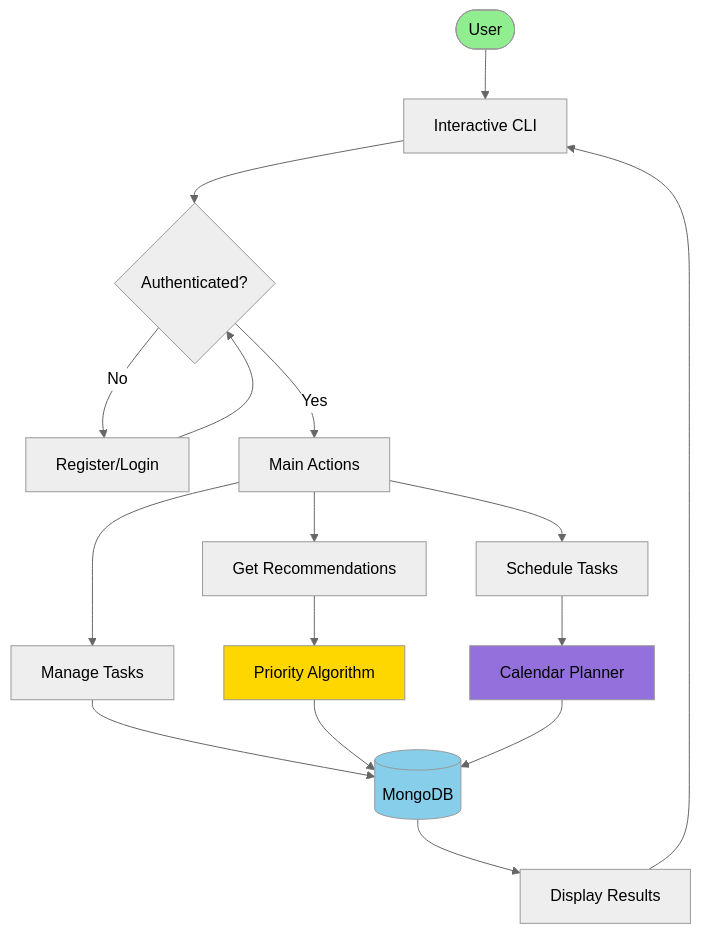
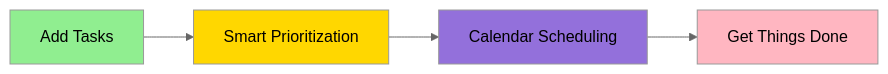
Before and after one commit to galwolfer/MOJO: the first of 5 diagrams in WORKFLOW.md, drawn with Mermaid (neutral theme). The commit also changed other lines of this file and 2 other files, not shown here.

````diff
--- a/WORKFLOW.md
+++ b/WORKFLOW.md
@@ -5,26 +7,11 @@
 ```mermaid
-flowchart TB
-    User([User]) --> CLI[Interactive CLI]
-    CLI --> Auth{Authenticated?}
-    Auth -->|No| Register[Register/Login]
-    Register --> Auth
-    Auth -->|Yes| Actions[Main Actions]
+flowchart LR
+    A[Add Tasks] --> B[Smart Prioritization]
+    B --> C[Calendar Scheduling]
+    C --> D[Get Things Done]
     
-    Actions --> ManageTasks[Manage Tasks]
-    Actions --> GetRecommendations[Get Recommendations]
-    Actions --> ScheduleTasks[Schedule Tasks]
-    
-    ManageTasks --> DB[(MongoDB)]
-    GetRecommendations --> Algorithm[Priority Algorithm]
-    ScheduleTasks --> Calendar[Calendar Planner]
-    
-    Algorithm --> DB
-    Calendar --> DB
-    DB --> Display[Display Results]
-    Display --> CLI
-    
-    style User fill:#90EE90
-    style DB fill:#87CEEB
-    style Algorithm fill:#FFD700
-    style Calendar fill:#9370DB
+    style A fill:#90EE90
+    style B fill:#FFD700
+    style C fill:#9370DB
+    style D fill:#FFB6C1
 ```
````
